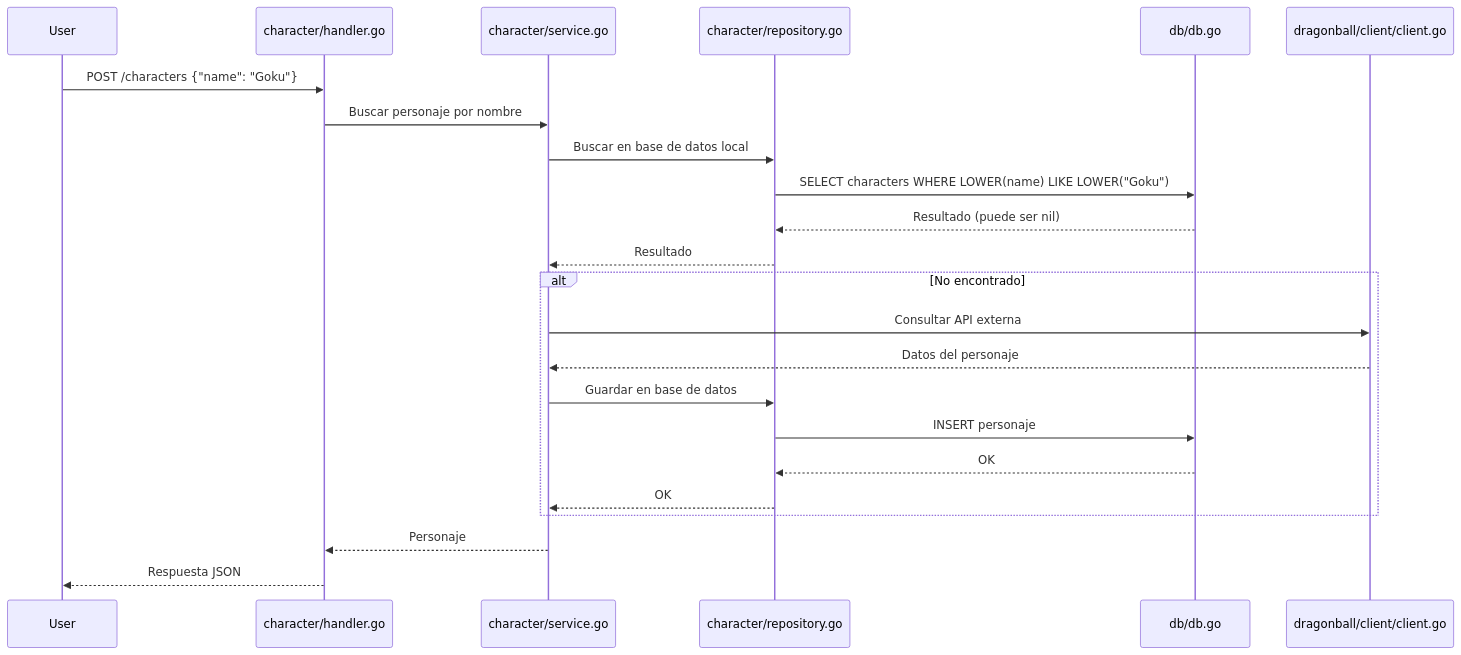
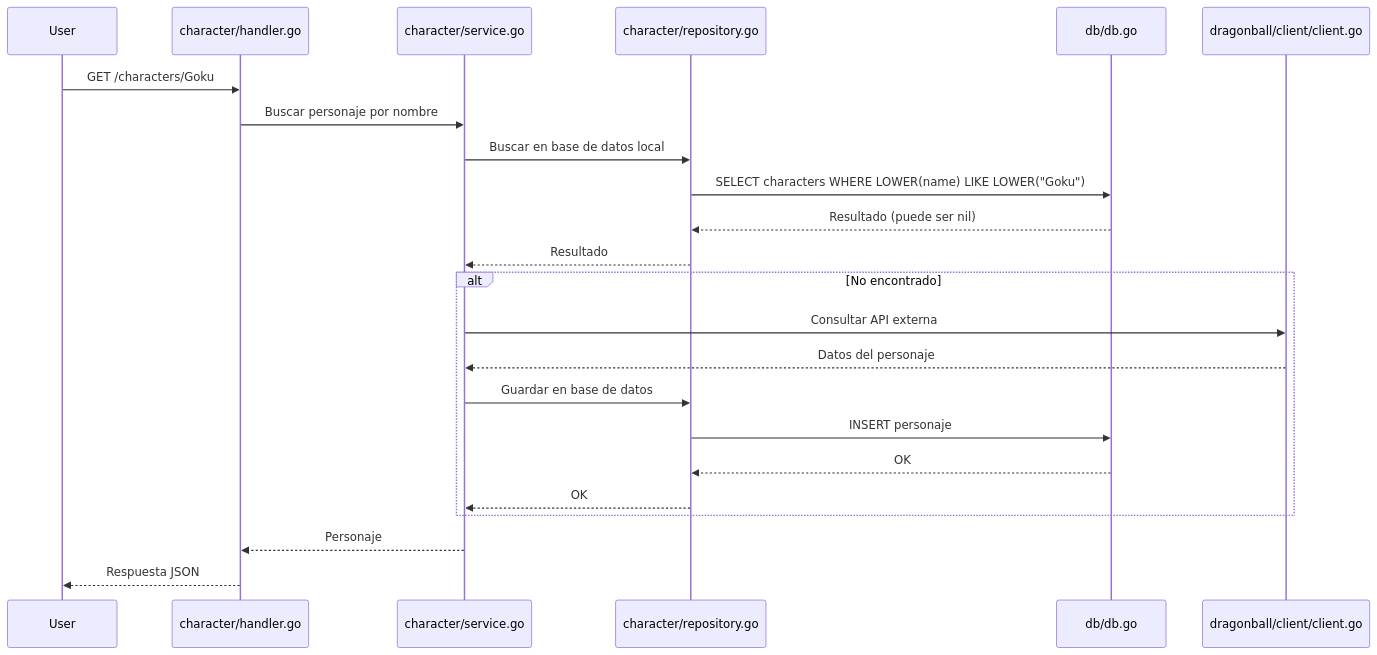
Before and after one commit to gclamigueiro/dragon-ball-api-challenge: the second of 2 diagrams in README.md, drawn with Mermaid. The commit also changed other lines of this file and 4 other files, not shown here.

Commit message:
update get by name route

````diff
--- a/README.md
+++ b/README.md
@@ -132,28 +124,28 @@
 ```mermaid
 sequenceDiagram
     participant User
     participant Handler as character/handler.go
     participant Service as character/service.go
     participant Repo as character/repository.go
     participant DB as db/db.go
     participant API as dragonball/client/client.go
 
-    User->>Handler: POST /characters {"name": "Goku"}
+    User->>Handler: GET /characters/Goku
     Handler->>Service: Buscar personaje por nombre
     Service->>Repo: Buscar en base de datos local
     Repo->>DB: SELECT characters WHERE LOWER(name) LIKE LOWER("Goku")
     DB-->>Repo: Resultado (puede ser nil)
     Repo-->>Service: Resultado
 
     alt No encontrado
         Service->>API: Consultar API externa
         API-->>Service: Datos del personaje
         Service->>Repo: Guardar en base de datos
         Repo->>DB: INSERT personaje
         DB-->>Repo: OK
         Repo-->>Service: OK
     end
 
     Service-->>Handler: Personaje
     Handler-->>User: Respuesta JSON
 ```
````
